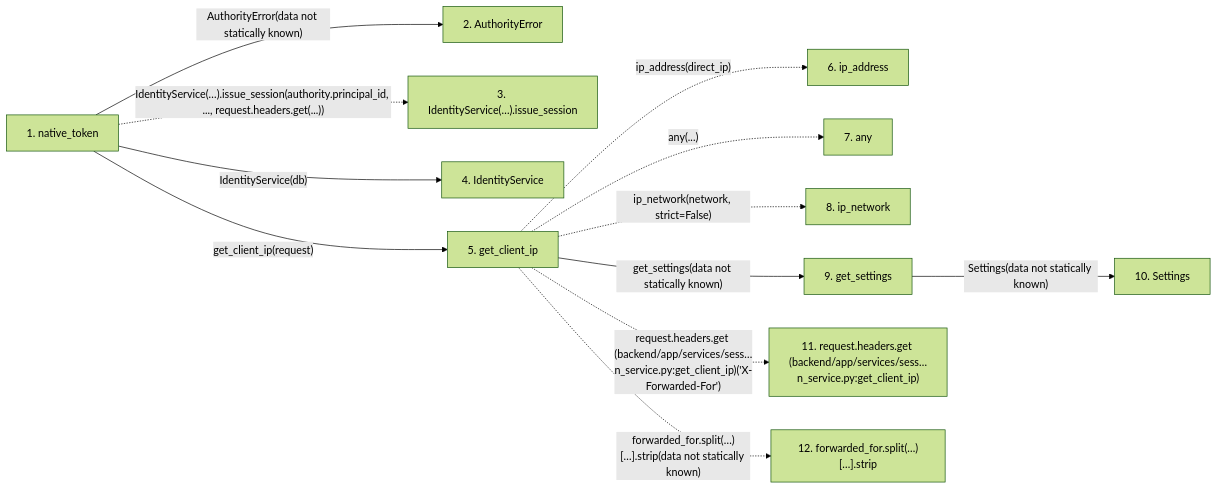
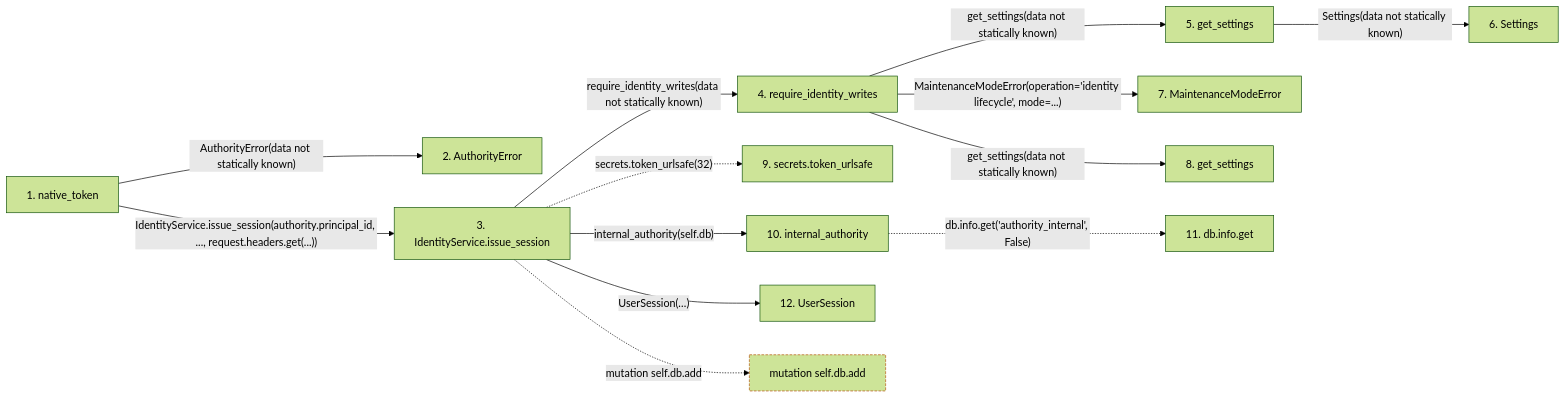
One commit to Denissvgn/WorkChord changed the second of 2 diagrams in docs/llm_wiki/flows/http-native_token.md. Above: the diagram before and after it, drawn with Mermaid (forest theme). The commit also changed other lines of this file and 25171 other files, not shown here.

````diff
--- a/docs/llm_wiki/flows/http-native_token.md
+++ b/docs/llm_wiki/flows/http-native_token.md
@@ -55,32 +131,40 @@
 ```mermaid
 flowchart LR
     s1["1. native_token"]
     s2["2. AuthorityError"]
-    s3["3. IdentityService(…).issue_session"]
-    s4["4. IdentityService"]
-    s5["5. get_client_ip"]
-    s6["6. ip_address"]
-    s7["7. any"]
-    s8["8. ip_network"]
-    s9["9. get_settings"]
-    s10["10. Settings"]
-    s11["11. request.headers.get (backend/app/services/sess…n_service.py:get_client_ip)"]
-    s12["12. forwarded_for.split(…)[…].strip"]
+    s3["3. IdentityService.issue_session"]
+    s4["4. require_identity_writes"]
+    s5["5. get_settings"]
+    s6["6. Settings"]
+    s7["7. MaintenanceModeError"]
+    s8["8. get_settings"]
+    s9["9. secrets.token_urlsafe"]
+    s10["10. internal_authority"]
+    s11["11. db.info.get"]
+    s12["12. UserSession"]
     s1 -->|"AuthorityError(data not statically known)"| s2
-    s1 -. "IdentityService(…).issue_session(authority.principal_id, ..., request.headers.get(...))" .-> s3
-    s1 -->|"IdentityService(db)"| s4
-    s1 -->|"get_client_ip(request)"| s5
-    s5 -. "ip_address(direct_ip)" .-> s6
-    s5 -. "any(...)" .-> s7
-    s5 -. "ip_network(network, strict=False)" .-> s8
-    s5 -->|"get_settings(data not statically known)"| s9
-    s9 -->|"Settings(data not statically known)"| s10
-    s5 -. "request.headers.get (backend/app/services/sess…n_service.py:get_client_ip)('X-Forwarded-For')" .-> s11
-    s5 -. "forwarded_for.split(…)[…].strip(data not statically known)" .-> s12
+    s1 -->|"IdentityService.issue_session(authority.principal_id, ..., request.headers.get(...))"| s3
+    s3 -->|"require_identity_writes(data not statically known)"| s4
+    s4 -->|"get_settings(data not statically known)"| s5
+    s5 -->|"Settings(data not statically known)"| s6
+    s4 -->|"MaintenanceModeError(operation='identity lifecycle', mode=...)"| s7
+    s4 -->|"get_settings(data not statically known)"| s8
+    s3 -. "secrets.token_urlsafe(32)" .-> s9
+    s3 -->|"internal_authority(self.db)"| s10
+    s10 -. "db.info.get('authority_internal', False)" .-> s11
+    s3 -->|"UserSession(…)"| s12
+    b0["mutation self.db.add"]
+    s3 -. "mutation self.db.add" .-> b0
     click s1 "../modules/routers_identity.md"
     click s2 "../modules/authority.md"
+    click s3 "../modules/identity_service.md"
     click s4 "../modules/identity_service.md"
-    click s5 "../modules/session_service.md"
-    click s9 "../modules/config.md"
-    click s10 "../modules/config.md"
+    click s5 "../modules/config.md"
+    click s6 "../modules/config.md"
+    click s7 "../modules/maintenance.md"
+    click s8 "../modules/config.md"
+    click s10 "../modules/authority.md"
+    click s12 "../modules/user_session.md"
+    classDef boundary stroke:#b45309,stroke-dasharray: 4 2
+    class b0 boundary
 ```
````
